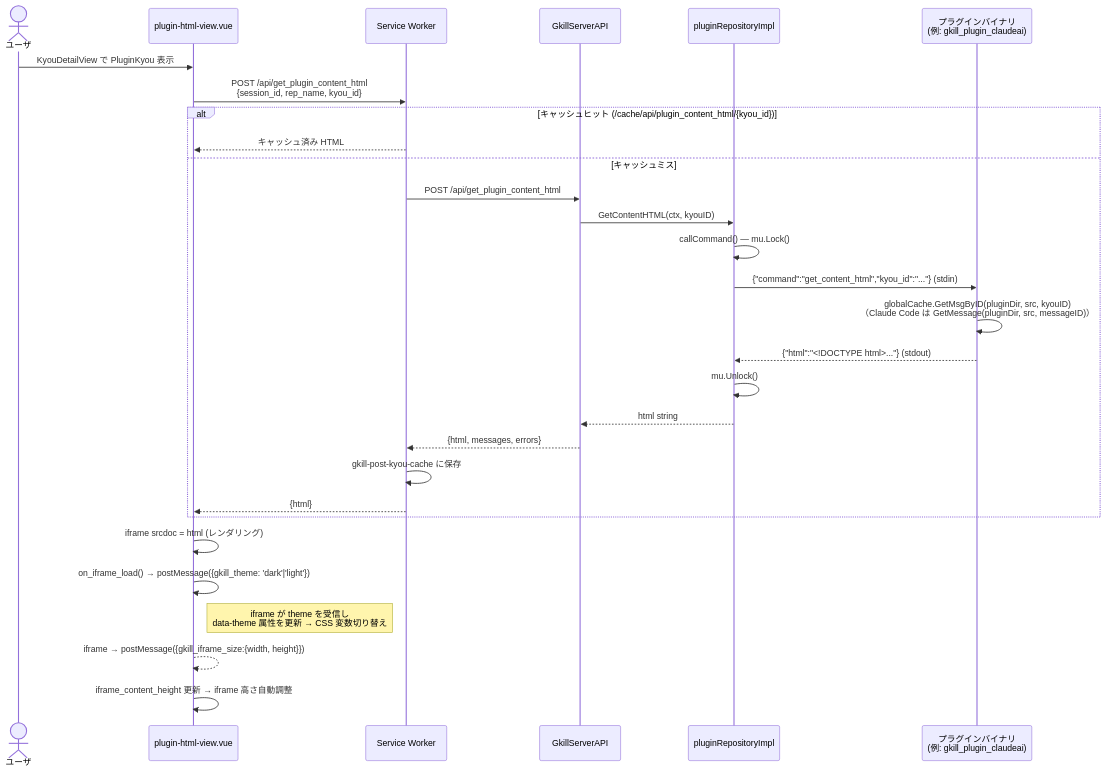
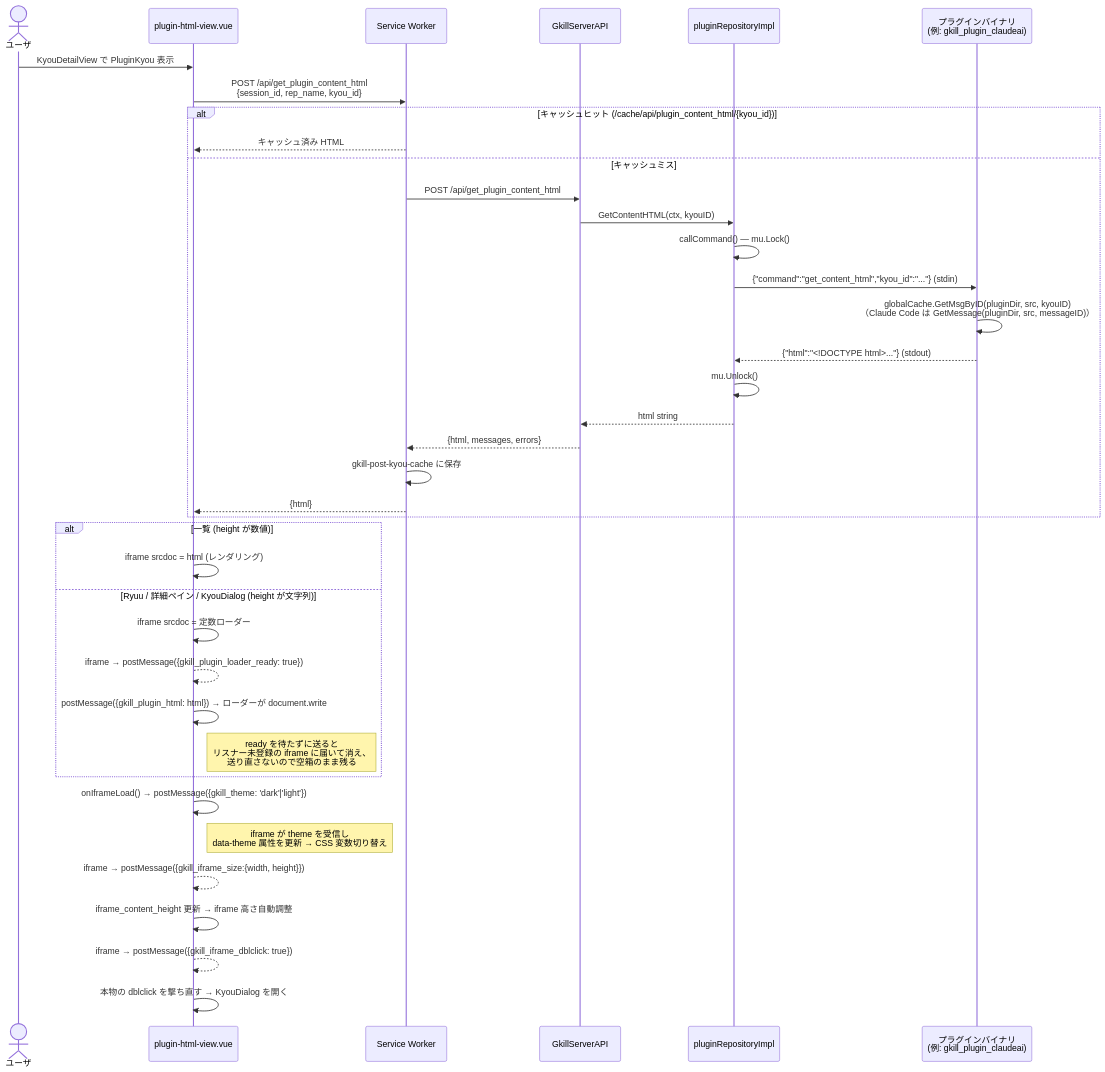
One commit to mt3hr/gkill changed diagram 23 of 29 in documents/reverse/sequence-diagrams.md. Above: the diagram before and after it, drawn with Mermaid. The commit also changed 13 other files, not shown here.

Commit message:
Fix Ryuu KyouDialogが開かない不具合

````diff
--- a/documents/reverse/sequence-diagrams.md
+++ b/documents/reverse/sequence-diagrams.md
@@ -759,32 +759,41 @@
 ```mermaid
 sequenceDiagram
     actor User as ユーザ
     participant UI as plugin-html-view.vue
     participant SW as Service Worker
     participant API as GkillServerAPI
     participant PluginRepo as pluginRepositoryImpl
     participant Plugin as プラグインバイナリ<br>(例: gkill_plugin_claudeai)
 
     User->>UI: KyouDetailView で PluginKyou 表示
     UI->>SW: POST /api/get_plugin_content_html<br>{session_id, rep_name, kyou_id}
     alt キャッシュヒット (/cache/api/plugin_content_html/{kyou_id})
         SW-->>UI: キャッシュ済み HTML
     else キャッシュミス
         SW->>API: POST /api/get_plugin_content_html
         API->>PluginRepo: GetContentHTML(ctx, kyouID)
         PluginRepo->>PluginRepo: callCommand() — mu.Lock()
         PluginRepo->>Plugin: {"command":"get_content_html","kyou_id":"..."} (stdin)
         Plugin->>Plugin: globalCache.GetMsgByID(pluginDir, src, kyouID)<br>（Claude Code は GetMessage(pluginDir, src, messageID)）
         Plugin-->>PluginRepo: {"html":"<!DOCTYPE html>..."} (stdout)
         PluginRepo->>PluginRepo: mu.Unlock()
         PluginRepo-->>API: html string
         API-->>SW: {html, messages, errors}
         SW->>SW: gkill-post-kyou-cache に保存
         SW-->>UI: {html}
     end
-    UI->>UI: iframe srcdoc = html (レンダリング)
-    UI->>UI: on_iframe_load() → postMessage({gkill_theme: 'dark'|'light'})
+    alt 一覧 (height が数値)
+        UI->>UI: iframe srcdoc = html (レンダリング)
+    else Ryuu / 詳細ペイン / KyouDialog (height が文字列)
+        UI->>UI: iframe srcdoc = 定数ローダー
+        UI-->>UI: iframe → postMessage({gkill_plugin_loader_ready: true})
+        UI->>UI: postMessage({gkill_plugin_html: html}) → ローダーが document.write
+        Note right of UI: ready を待たずに送ると<br>リスナー未登録の iframe に届いて消え、<br>送り直さないので空箱のまま残る
+    end
+    UI->>UI: onIframeLoad() → postMessage({gkill_theme: 'dark'|'light'})
     Note right of UI: iframe が theme を受信し<br>data-theme 属性を更新 → CSS 変数切り替え
     UI-->>UI: iframe → postMessage({gkill_iframe_size:{width, height}})
     UI->>UI: iframe_content_height 更新 → iframe 高さ自動調整
+    UI-->>UI: iframe → postMessage({gkill_iframe_dblclick: true})
+    UI->>UI: 本物の dblclick を撃ち直す → KyouDialog を開く
 ```
````
